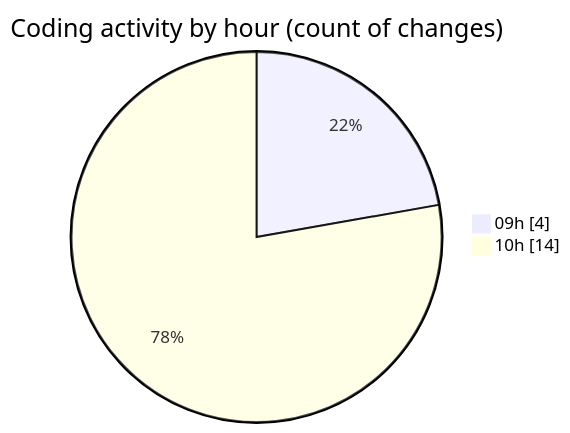
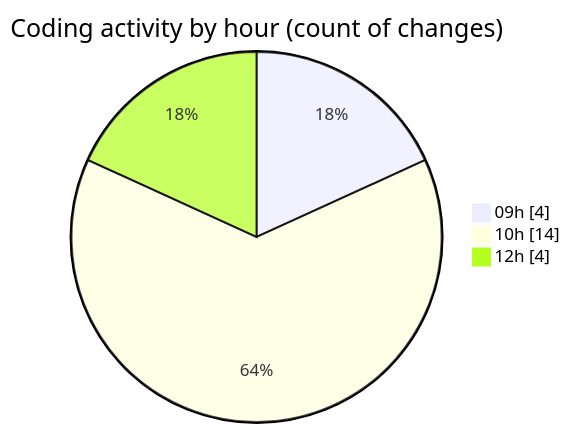
One commit to Elitesun/code-tracking changed the second of 2 diagrams in 2025-05-06/niten/README.md. Above: the diagram before and after it, drawn with Mermaid. The commit also changed other lines of this file and 1 other file, not shown here.

````diff
--- a/2025-05-06/niten/README.md
+++ b/2025-05-06/niten/README.md
@@ -34,6 +34,7 @@
 ```mermaid
 pie showData
 title Coding activity by hour (count of changes)
 "09h" : 4
 "10h" : 14
+"12h" : 4
 ```
````
